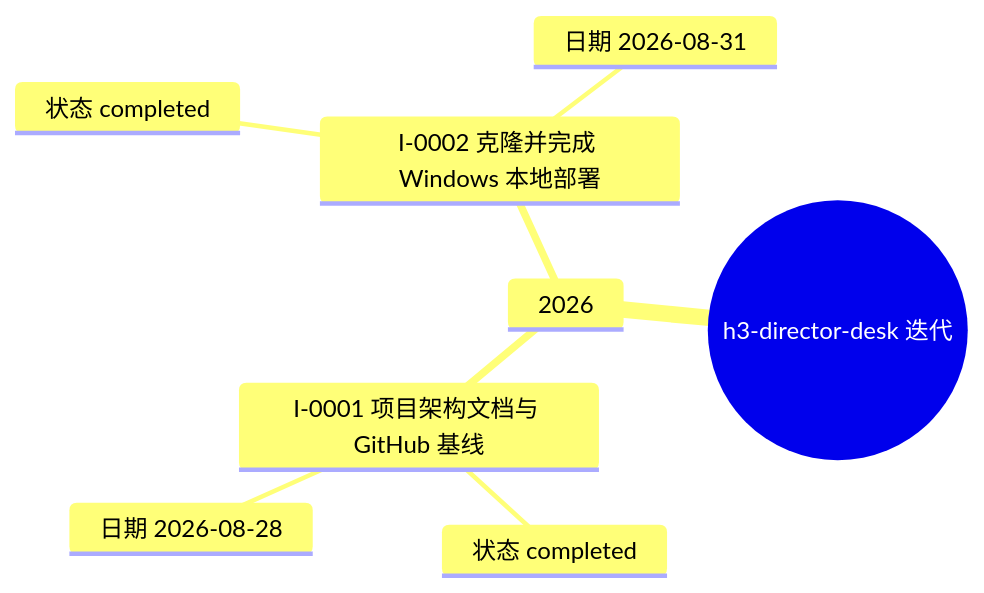
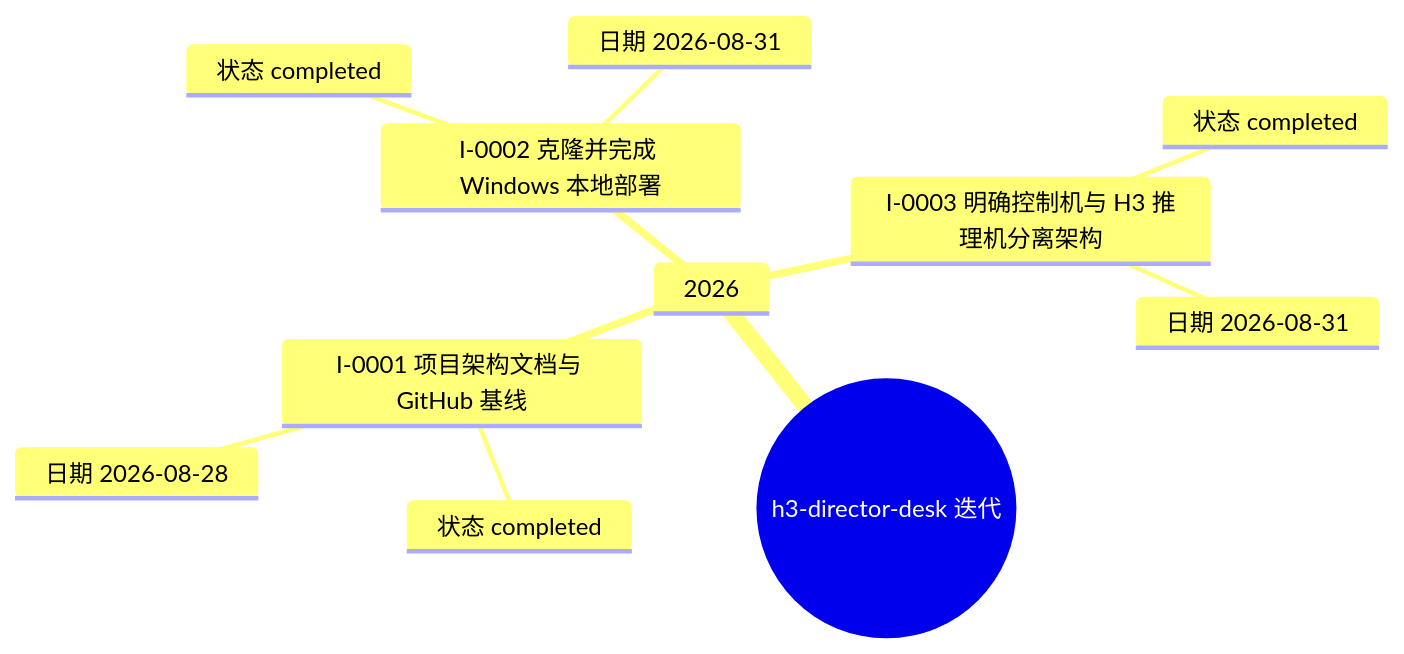
Before and after one commit to Exalex/h3-director-desk: the diagram in docs/project-evolution/mindmaps/iterations.md, drawn with Mermaid. The commit also changed other lines of this file and 9 other files, not shown here.

````diff
--- a/docs/project-evolution/mindmaps/iterations.md
+++ b/docs/project-evolution/mindmaps/iterations.md
@@ -5,11 +5,14 @@
 ```mermaid
 mindmap
   root((h3-director-desk 迭代))
     2026
       I-0001 项目架构文档与 GitHub 基线
         状态 completed
         日期 2026-08-28
       I-0002 克隆并完成 Windows 本地部署
         状态 completed
         日期 2026-08-31
+      I-0003 明确控制机与 H3 推理机分离架构
+        状态 completed
+        日期 2026-08-31
 ```
````
